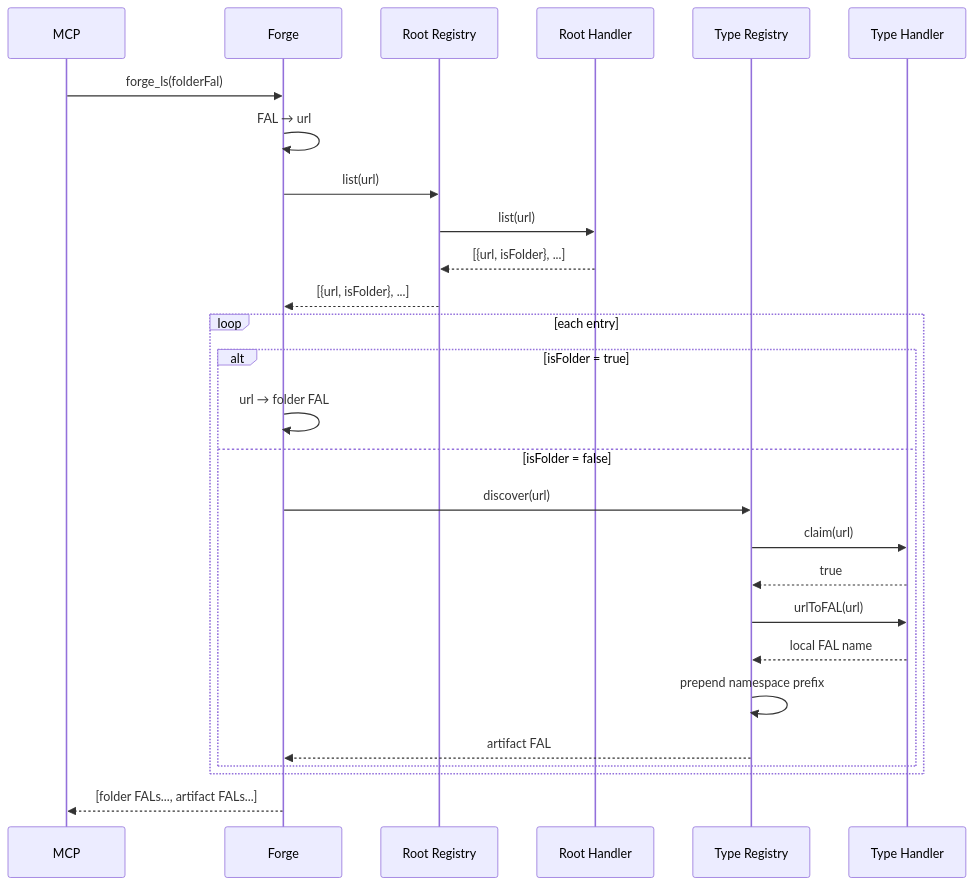
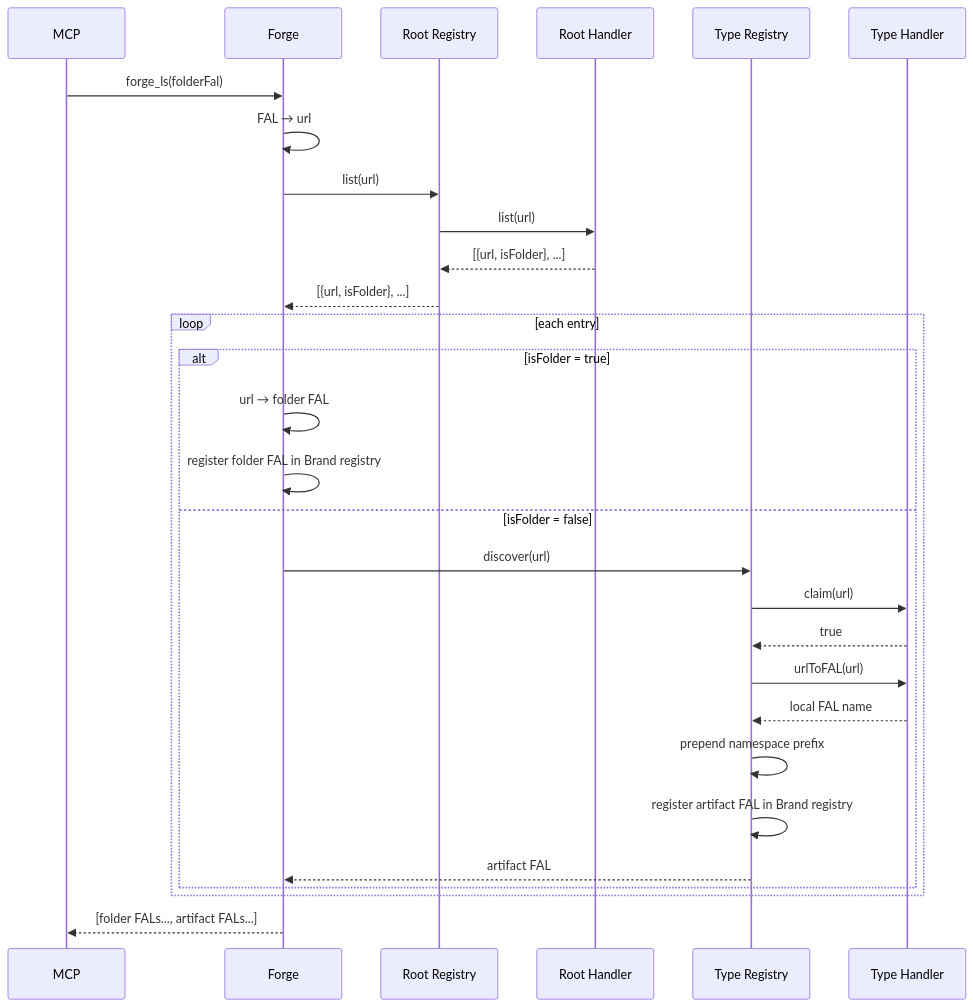
One commit to RemiLequette/KnowledgeBase changed the first of 3 diagrams in public/conventions/forge.md. Above: the diagram before and after it, drawn with Mermaid. The commit also changed other lines of this file and 29 other files, not shown here.

````diff
--- a/public/conventions/forge.md
+++ b/public/conventions/forge.md
@@ -370,32 +435,34 @@
 ```mermaid
 sequenceDiagram
     participant MCP
     participant Forge
     participant RootReg as Root Registry
     participant RootH as Root Handler
     participant TypeReg as Type Registry
     participant TypeH as Type Handler
 
     MCP->>Forge: forge_ls(folderFal)
     Forge->>Forge: FAL → url
     Forge->>RootReg: list(url)
     RootReg->>RootH: list(url)
     RootH-->>RootReg: [{url, isFolder}, ...]
     RootReg-->>Forge: [{url, isFolder}, ...]
 
     loop each entry
         alt isFolder = true
             Forge->>Forge: url → folder FAL
+            Forge->>Forge: register folder FAL in Brand registry
         else isFolder = false
             Forge->>TypeReg: discover(url)
             TypeReg->>TypeH: claim(url)
             TypeH-->>TypeReg: true
             TypeReg->>TypeH: urlToFAL(url)
             TypeH-->>TypeReg: local FAL name
             TypeReg->>TypeReg: prepend namespace prefix
+            TypeReg->>TypeReg: register artifact FAL in Brand registry
             TypeReg-->>Forge: artifact FAL
         end
     end
 
     Forge-->>MCP: [folder FALs..., artifact FALs...]
 ```
````
